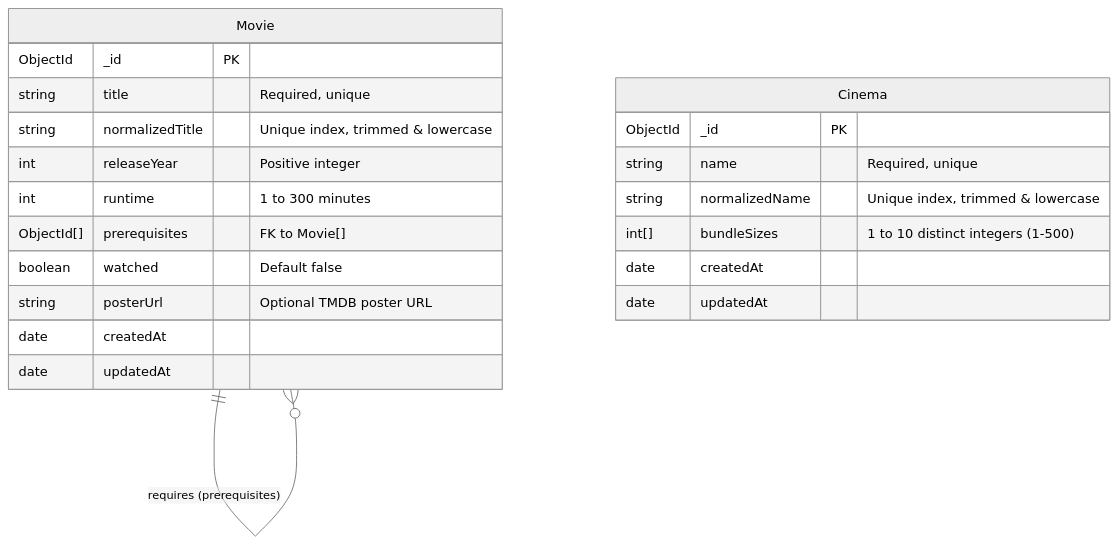
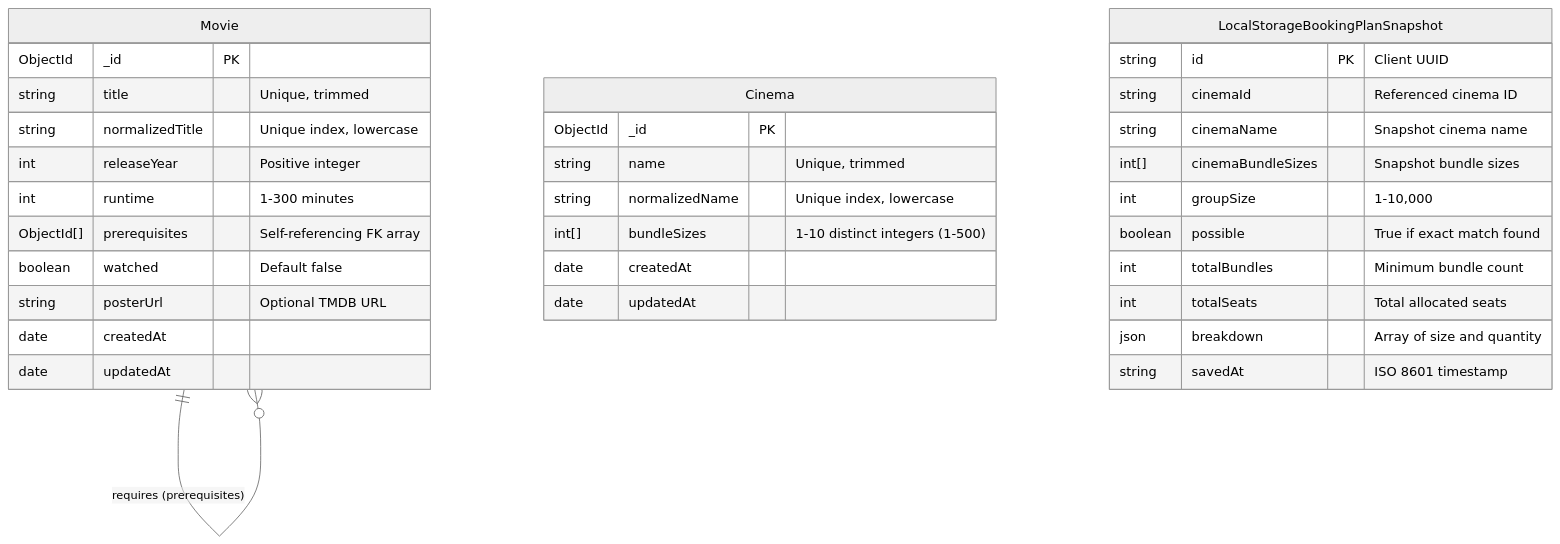
The diagram in README.md (mostafarakib/doomsday-ready), drawn with Mermaid (neutral theme) before and after one commit. The commit also changed other lines of this file and 10 other files, not shown here.

````diff
--- a/README.md
+++ b/README.md
@@ -111,26 +137,39 @@
 ```mermaid
 erDiagram
     Movie {
         ObjectId _id PK
-        string title "Required, unique"
-        string normalizedTitle "Unique index, trimmed & lowercase"
+        string title "Unique, trimmed"
+        string normalizedTitle "Unique index, lowercase"
         int releaseYear "Positive integer"
-        int runtime "1 to 300 minutes"
-        ObjectId[] prerequisites "FK to Movie[]"
+        int runtime "1-300 minutes"
+        ObjectId[] prerequisites "Self-referencing FK array"
         boolean watched "Default false"
-        string posterUrl "Optional TMDB poster URL"
+        string posterUrl "Optional TMDB URL"
         date createdAt
         date updatedAt
     }
 
     Cinema {
         ObjectId _id PK
-        string name "Required, unique"
-        string normalizedName "Unique index, trimmed & lowercase"
-        int[] bundleSizes "1 to 10 distinct integers (1-500)"
+        string name "Unique, trimmed"
+        string normalizedName "Unique index, lowercase"
+        int[] bundleSizes "1-10 distinct integers (1-500)"
         date createdAt
         date updatedAt
     }
 
     Movie ||--o{ Movie : "requires (prerequisites)"
+
+    LocalStorageBookingPlanSnapshot {
+        string id PK "Client UUID"
+        string cinemaId "Referenced cinema ID"
+        string cinemaName "Snapshot cinema name"
+        int[] cinemaBundleSizes "Snapshot bundle sizes"
+        int groupSize "1-10,000"
+        boolean possible "True if exact match found"
+        int totalBundles "Minimum bundle count"
+        int totalSeats "Total allocated seats"
+        json breakdown "Array of size and quantity"
+        string savedAt "ISO 8601 timestamp"
+    }
 ```
````
